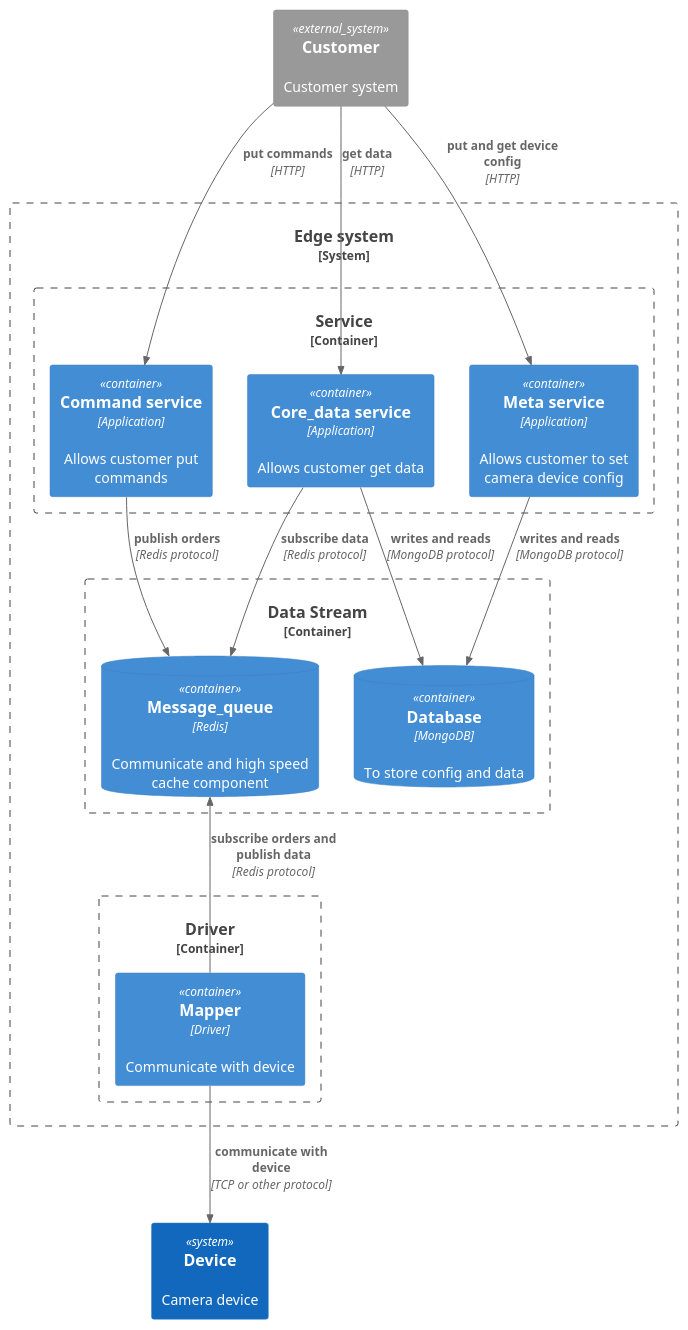
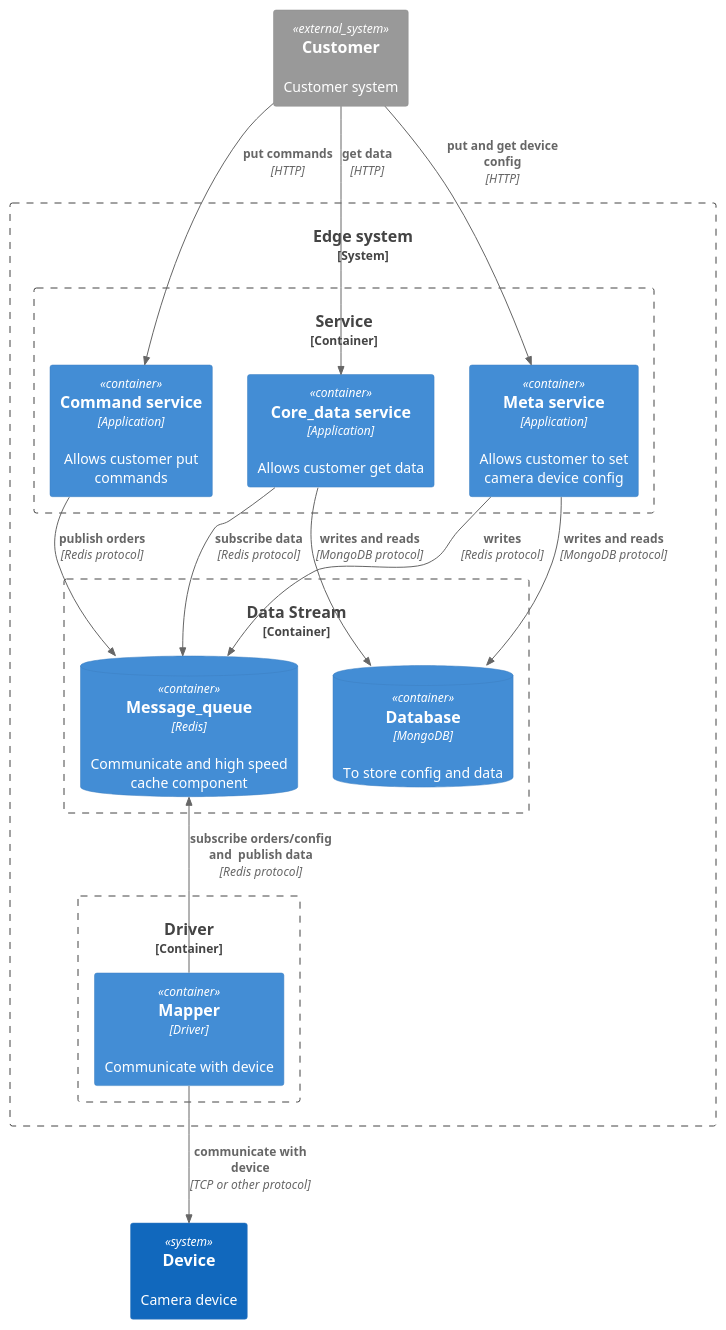
Before and after one commit to HeathKang/cameraUML: the diagram in panltUML/view.puml, drawn with PlantUML. The commit also changed 1 other file, not shown here.

```diff
--- a/panltUML/view.puml
+++ b/panltUML/view.puml
@@ -2,37 +2,38 @@
 @startuml view
 !includeurl https://raw.githubusercontent.com/RicardoNiepel/C4-PlantUML/master/C4_Container.puml
 
 System_Ext(customer, Customer, "Customer system")
 System_Boundary(c1, "Edge system"){
     Container_Boundary(service, "Service"){
         Container(cmd, "Command service","Application", "Allows customer put commands")
         Container(data, "Core_data service","Application", "Allows customer get data")
         Container(meta, "Meta service","Application", "Allows customer to set camera device config")
     }
 
     Container_Boundary(stream, "Data Stream"){
         ContainerDb(database, "Database", "MongoDB", "To store config and data")
         ContainerDb(message, "Message_queue","Redis", "Communicate and high speed cache component")
     }
 
     Container_Boundary(driver, "Driver"){      
         Container(mapper, "Mapper","Driver","Communicate with device")
     }
 }
 
 System(device, "Device", "Camera device")
 
 Rel(customer, cmd, "put commands", "HTTP")
 Rel(customer, data, "get data", "HTTP")
 Rel(customer, meta, "put and get device config", "HTTP")
 
 Rel(meta, database, "writes and reads", "MongoDB protocol")
 Rel(data, database, "writes and reads", "MongoDB protocol")
+Rel(meta, message, "writes", "Redis protocol")
 Rel(cmd, message, "publish orders", "Redis protocol")
 Rel(data, message,"subscribe data", "Redis protocol")
-Rel_U(mapper, message, "subscribe orders and publish data", "Redis protocol")
+Rel_U(mapper, message, "subscribe orders/config and  publish data", "Redis protocol")
 
 Rel(mapper, device, "communicate with device", "TCP or other protocol")
 
 
 @enduml
```
